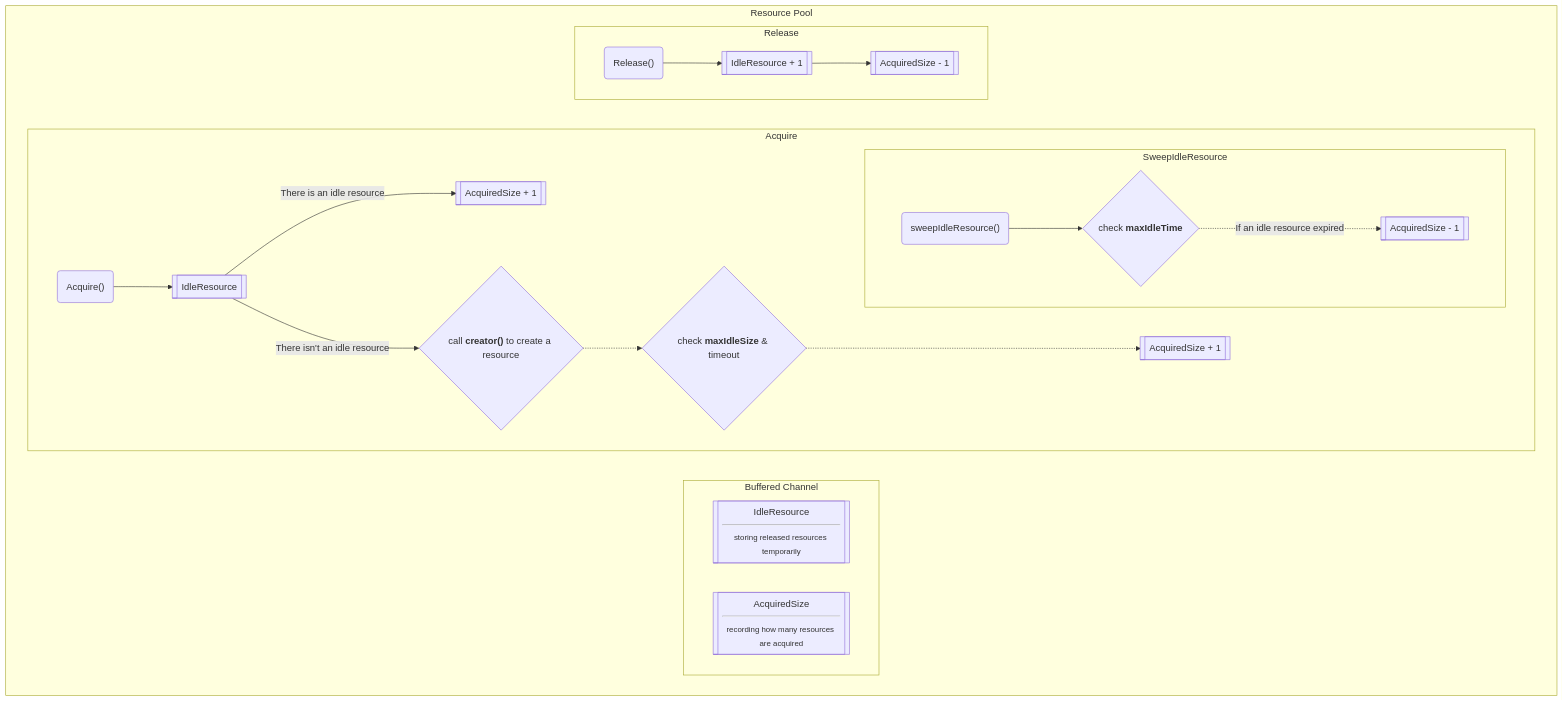
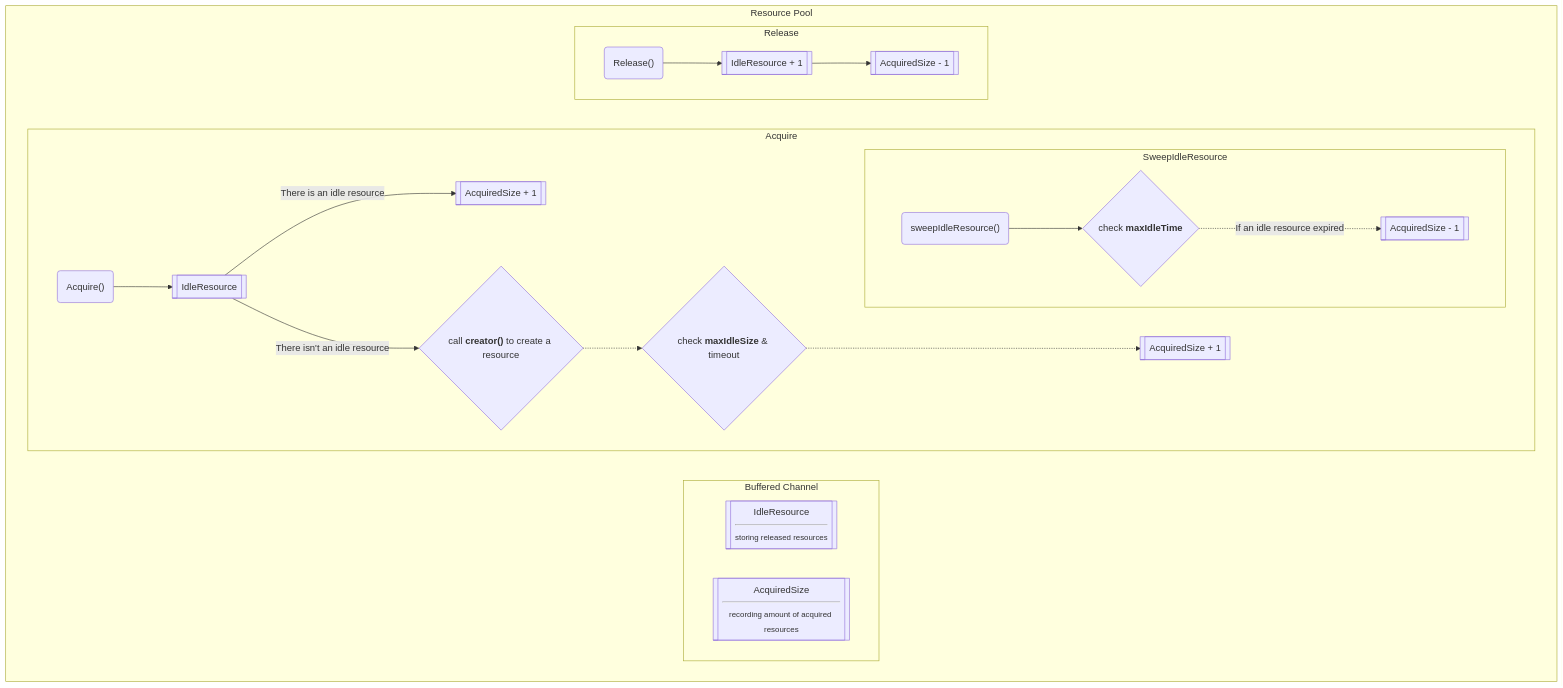
The diagram in README.md (uhcakip/pool-demo), drawn with Mermaid before and after one commit. The commit also changed 1 other file, not shown here.

Commit message:
docs: update comments

````diff
--- a/README.md
+++ b/README.md
@@ -43,38 +43,38 @@
 ```mermaid
 flowchart TB
 
 subgraph Resource Pool
 direction LR
   subgraph Buffered Channel
   direction LR
-    idleResource[["IdleResource<hr><small>storing released resources temporarily</small>"]]
-    acquiredSize[["AcquiredSize<hr><small>recording how many resources are acquired</small>"]]
+    idleResource[["IdleResource<hr><small>storing released resources</small>"]]
+    acquiredSize[["AcquiredSize<hr><small>recording amount of acquired resources</small>"]]
   end
   
   subgraph Acquire
   direction LR
     subgraph SweepIdleResource
     direction LR
       sweepIdleResource("sweepIdleResource()")
         --> logic03{"check <b>maxIdleTime</b>"}
         -.-> |"If an idle resource expired"| channelLogic03[["AcquiredSize - 1"]]
     end
     
     acquire("Acquire()")
       --> idleResource01[["IdleResource - 1"]]
       --> |"There is an idle resource"| channelLogic01[["AcquiredSize + 1"]]
      
     idleResource01[["IdleResource"]]
       --> |"There isn't an idle resource"| logic01{"call <b>creator()</b> to create a resource"}
       -.-> logic02{"check <b>maxIdleSize</b> & timeout"}
       -.-> channelLogic02[["AcquiredSize + 1"]]
   end
   
   subgraph Release
   direction LR
     release("Release()") 
       --> idleResource02[["IdleResource + 1"]]
       --> acquiredSize02[["AcquiredSize - 1"]]
   end
 end
 ```
````
